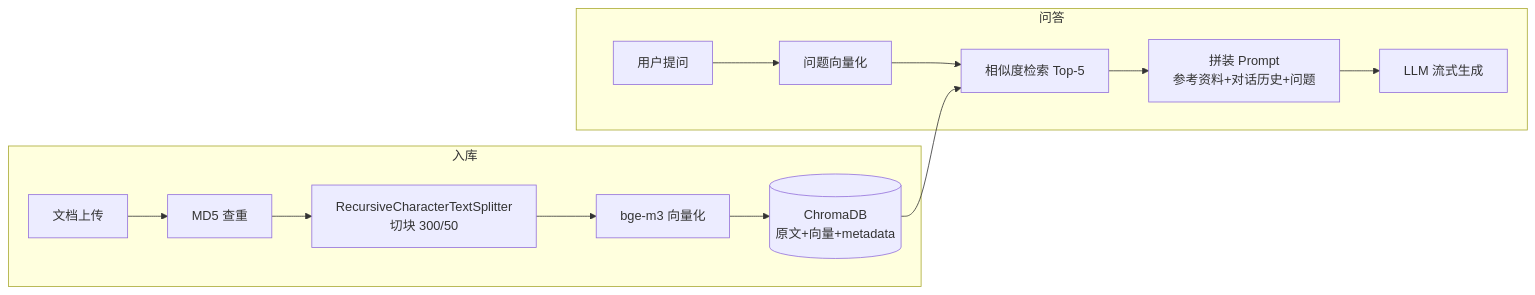
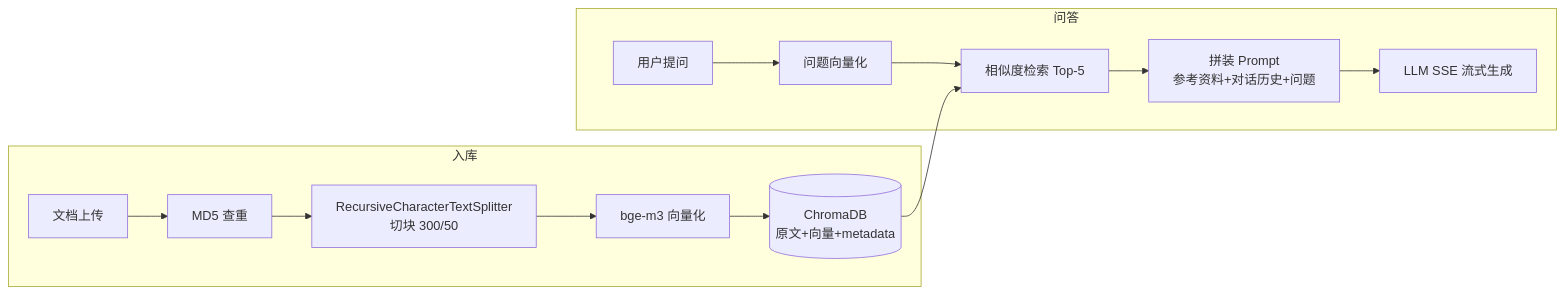
One commit to Koda987/rag-interview-kb changed the diagram in README.md. Above: the diagram before and after it, drawn with Mermaid. The commit also changed other lines of this file, not shown here.

````diff
--- a/README.md
+++ b/README.md
@@ -15,16 +26,16 @@
 ```mermaid
 flowchart LR
     subgraph 入库
         A[文档上传] --> B[MD5 查重]
         B --> C[RecursiveCharacterTextSplitter<br/>切块 300/50]
         C --> D[bge-m3 向量化]
         D --> E[(ChromaDB<br/>原文+向量+metadata)]
     end
     subgraph 问答
         F[用户提问] --> G[问题向量化]
         G --> H[相似度检索 Top-5]
         E --> H
         H --> I[拼装 Prompt<br/>参考资料+对话历史+问题]
-        I --> J[LLM 流式生成]
+        I --> J[LLM SSE 流式生成]
     end
 ```
````
